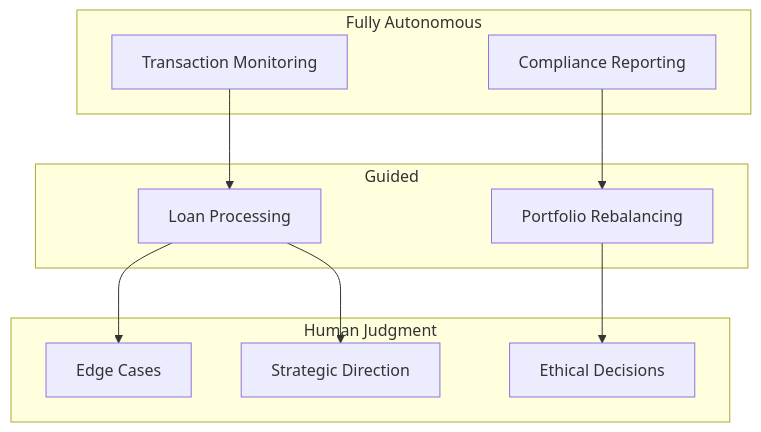
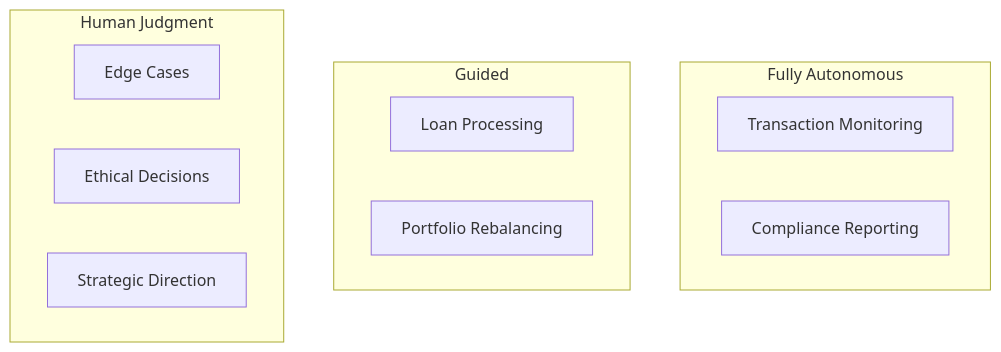
Before and after one commit to akwasijr/agent-design-framework: the diagram in content/industries/banking-finance.mdx, drawn with Mermaid. The commit also changed other lines of this file and 15 other files, not shown here.

````diff
--- a/content/industries/banking-finance.mdx
+++ b/content/industries/banking-finance.mdx
@@ -10,22 +10,16 @@
 ```mermaid
 flowchart TD
     subgraph Fully Autonomous
         A1[Transaction Monitoring]
         A2[Compliance Reporting]
     end
     subgraph Guided
         B1[Loan Processing]
         B2[Portfolio Rebalancing]
     end
     subgraph Human Judgment
         C1[Edge Cases]
         C2[Ethical Decisions]
         C3[Strategic Direction]
     end
-
-    A1 --> B1
-    A2 --> B2
-    B1 --> C1
-    B2 --> C2
-    B1 --> C3
 ```
````
